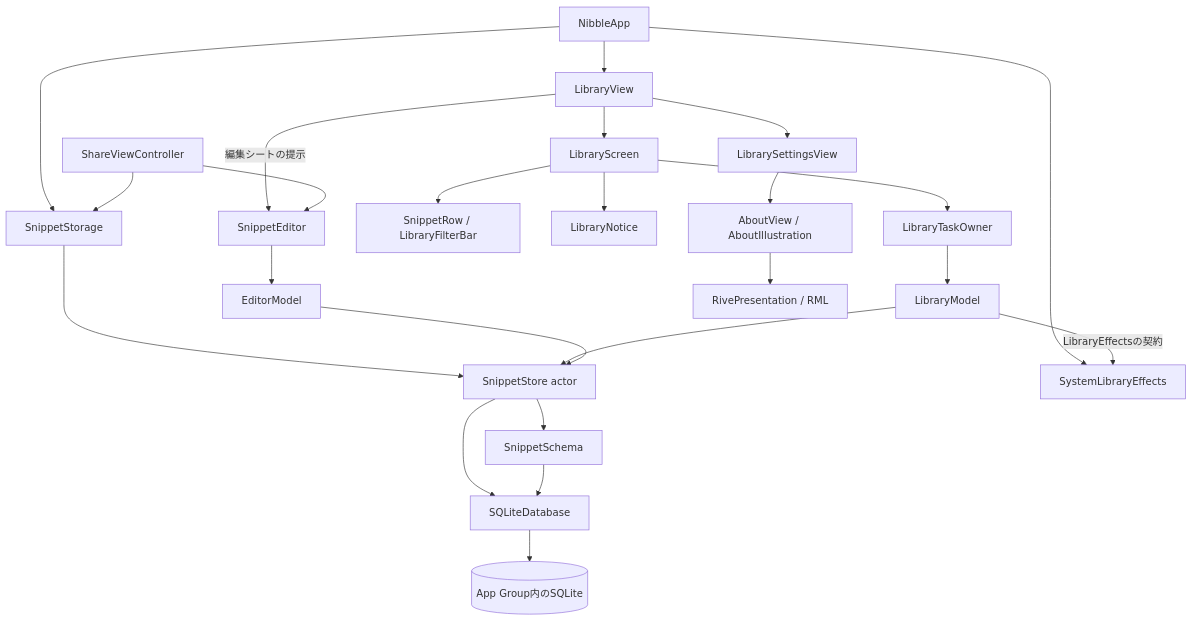
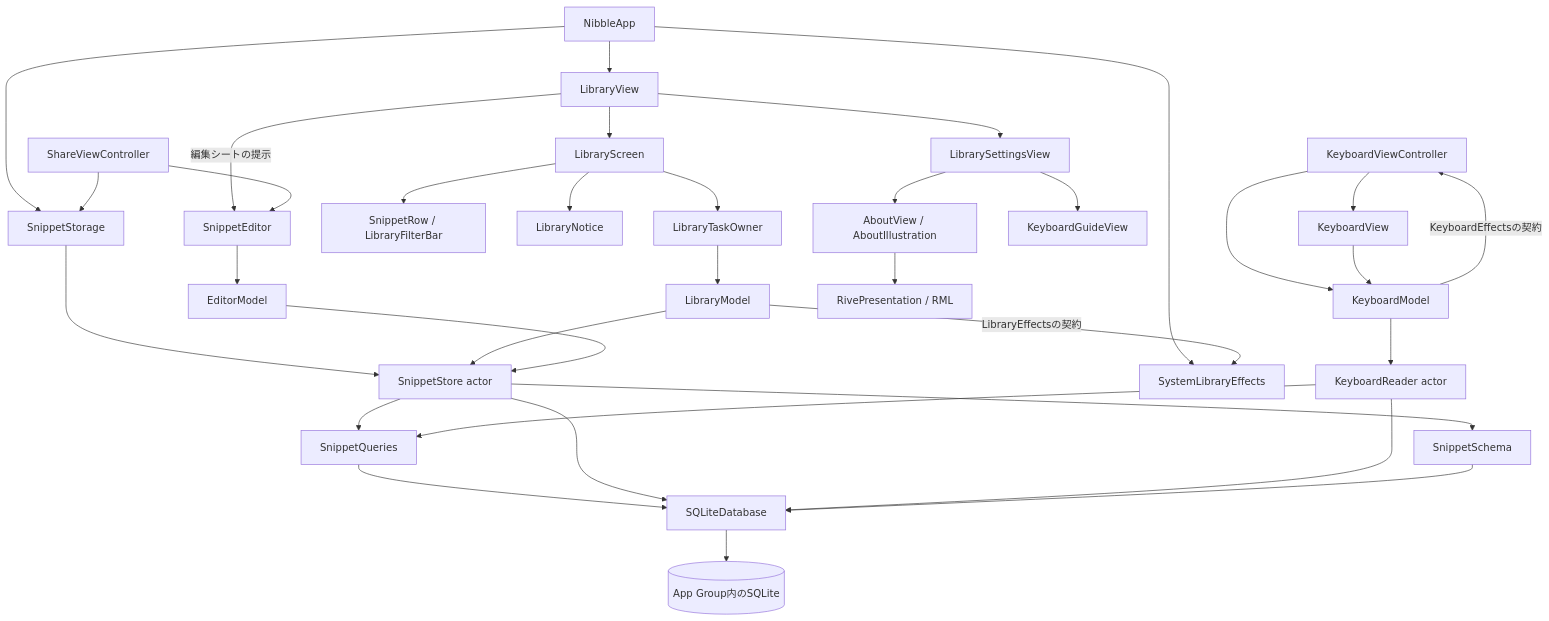
Before and after one commit to 9uiLe/nibble: the first of 2 diagrams in docs/decisions/0002-mvp-app.md, drawn with Mermaid. The commit also changed other lines of this file and 12 other files, not shown here.

Commit message:
docs: define the integrated snippet keyboard design

````diff
--- a/docs/decisions/0002-mvp-app.md
+++ b/docs/decisions/0002-mvp-app.md
@@ -61,26 +63,36 @@
 ```mermaid
 flowchart TB
     App[NibbleApp] --> Factory[SnippetStorage]
     Share[ShareViewController] --> Factory
     Factory --> Store[SnippetStore actor]
     App --> Tabs[LibraryView]
     App --> Effects[SystemLibraryEffects]
     Tabs --> Screen[LibraryScreen]
     Screen --> Owner[LibraryTaskOwner]
     Owner --> Model[LibraryModel]
     Model --> Store
     Model -->|LibraryEffectsの契約| Effects
     Screen --> Row[SnippetRow / LibraryFilterBar]
     Screen --> Notice[LibraryNotice]
     Tabs -->|編集シートの提示| Editor[SnippetEditor]
     Share --> Editor
     Editor --> Editing[EditorModel]
     Editing --> Store
     Store --> Schema[SnippetSchema]
-    Store --> SQL[SQLiteDatabase]
+    Store --> Queries[SnippetQueries]
+    Queries --> SQL[SQLiteDatabase]
+    Store --> SQL
+    Keyboard[KeyboardViewController] --> KeyboardUI[KeyboardView]
+    Keyboard --> KeyboardModel[KeyboardModel]
+    KeyboardUI --> KeyboardModel
+    KeyboardModel --> Reader[KeyboardReader actor]
+    KeyboardModel -->|KeyboardEffectsの契約| Keyboard
+    Reader --> Queries
+    Reader --> SQL
     Schema --> SQL
     SQL --> DB[(App Group内のSQLite)]
     Tabs --> Settings[LibrarySettingsView]
+    Settings --> Guide[KeyboardGuideView]
     Settings --> About[AboutView / AboutIllustration]
     About --> Rive[RivePresentation / RML]
 ```
````
